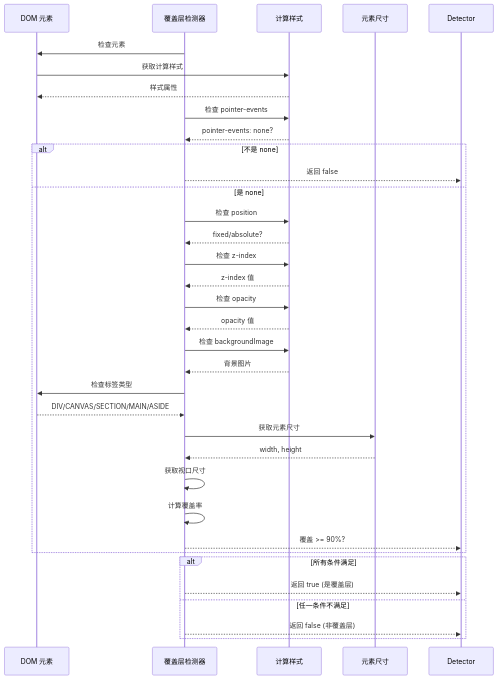
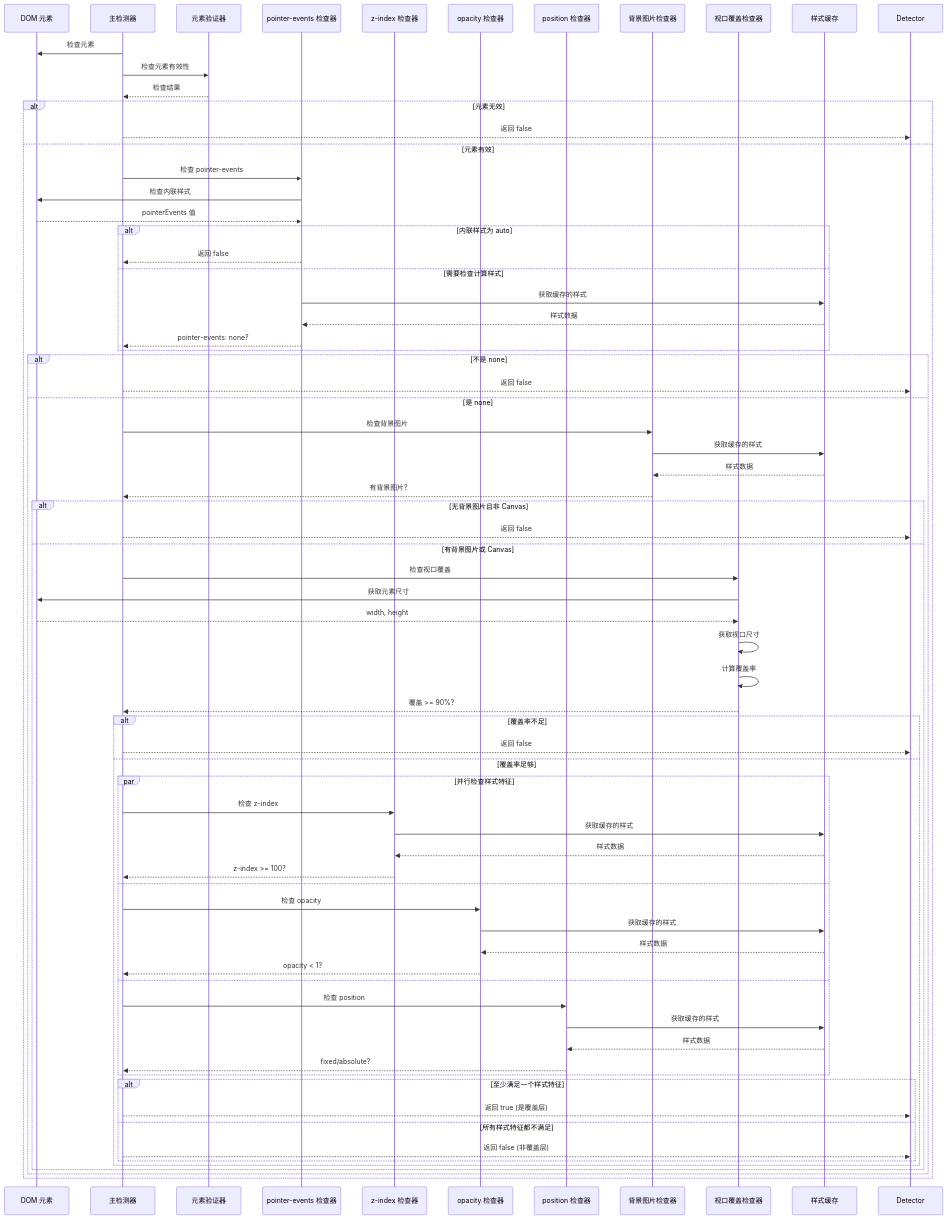
Before and after one commit to wang93wei/Xiaomi-MiMo-Studio-Watermark-Remover: the seventh of 12 diagrams in doc/SEQUENCE_DIAGRAMS.md, drawn with Mermaid. The commit also changed other lines of this file and 4 other files, not shown here.

````diff
--- a/doc/SEQUENCE_DIAGRAMS.md
+++ b/doc/SEQUENCE_DIAGRAMS.md
@@ -399,47 +448,81 @@
 ```mermaid
 sequenceDiagram
     participant Element as DOM 元素
-    participant Checker as 覆盖层检测器
-    participant Style as 计算样式
-    participant DOMRect as 元素尺寸
+    participant MainChecker as 主检测器
+    participant Validator as 元素验证器
+    participant PointerChecker as pointer-events 检查器
+    participant ZIndexChecker as z-index 检查器
+    participant OpacityChecker as opacity 检查器
+    participant PositionChecker as position 检查器
+    participant BgImageChecker as 背景图片检查器
+    participant ViewportChecker as 视口覆盖检查器
+    participant StyleCache as 样式缓存
 
-    Checker->>Element: 检查元素
-    Element->>Style: 获取计算样式
-    Style-->>Element: 样式属性
-    
-    Checker->>Style: 检查 pointer-events
-    Style-->>Checker: pointer-events: none?
-    
-    alt 不是 none
-        Checker-->>Detector: 返回 false
-    else 是 none
-        Checker->>Style: 检查 position
-        Style-->>Checker: fixed/absolute?
-        
-        Checker->>Style: 检查 z-index
-        Style-->>Checker: z-index 值
-        
-        Checker->>Style: 检查 opacity
-        Style-->>Checker: opacity 值
-        
-        Checker->>Style: 检查 backgroundImage
-        Style-->>Checker: 背景图片
-        
-        Checker->>Element: 检查标签类型
-        Element-->>Checker: DIV/CANVAS/SECTION/MAIN/ASIDE
-        
-        Checker->>DOMRect: 获取元素尺寸
-        DOMRect-->>Checker: width, height
-        
-        Checker->>Checker: 获取视口尺寸
-        
-        Checker->>Checker: 计算覆盖率
-        Checker-->>Detector: 覆盖 >= 90%?
-    end
-    
-    alt 所有条件满足
-        Checker-->>Detector: 返回 true (是覆盖层)
-    else 任一条件不满足
-        Checker-->>Detector: 返回 false (非覆盖层)
+    MainChecker->>Element: 检查元素
+
+    MainChecker->>Validator: 检查元素有效性
+    Validator-->>MainChecker: 检查结果
+
+    alt 元素无效
+        MainChecker-->>Detector: 返回 false
+    else 元素有效
+        MainChecker->>PointerChecker: 检查 pointer-events
+        PointerChecker->>Element: 检查内联样式
+        Element-->>PointerChecker: pointerEvents 值
+
+        alt 内联样式为 auto
+            PointerChecker-->>MainChecker: 返回 false
+        else 需要检查计算样式
+            PointerChecker->>StyleCache: 获取缓存的样式
+            StyleCache-->>PointerChecker: 样式数据
+            PointerChecker-->>MainChecker: pointer-events: none?
+        end
+
+        alt 不是 none
+            MainChecker-->>Detector: 返回 false
+        else 是 none
+            MainChecker->>BgImageChecker: 检查背景图片
+            BgImageChecker->>StyleCache: 获取缓存的样式
+            StyleCache-->>BgImageChecker: 样式数据
+            BgImageChecker-->>MainChecker: 有背景图片?
+
+            alt 无背景图片且非 Canvas
+                MainChecker-->>Detector: 返回 false
+            else 有背景图片或 Canvas
+                MainChecker->>ViewportChecker: 检查视口覆盖
+                ViewportChecker->>Element: 获取元素尺寸
+                Element-->>ViewportChecker: width, height
+                ViewportChecker->>ViewportChecker: 获取视口尺寸
+                ViewportChecker->>ViewportChecker: 计算覆盖率
+                ViewportChecker-->>MainChecker: 覆盖 >= 90%?
+
+                alt 覆盖率不足
+                    MainChecker-->>Detector: 返回 false
+                else 覆盖率足够
+                    par 并行检查样式特征
+                        MainChecker->>ZIndexChecker: 检查 z-index
+                        ZIndexChecker->>StyleCache: 获取缓存的样式
+                        StyleCache-->>ZIndexChecker: 样式数据
+                        ZIndexChecker-->>MainChecker: z-index >= 100?
+                    and
+                        MainChecker->>OpacityChecker: 检查 opacity
+                        OpacityChecker->>StyleCache: 获取缓存的样式
+                        StyleCache-->>OpacityChecker: 样式数据
+                        OpacityChecker-->>MainChecker: opacity < 1?
+                    and
+                        MainChecker->>PositionChecker: 检查 position
+                        PositionChecker->>StyleCache: 获取缓存的样式
+                        StyleCache-->>PositionChecker: 样式数据
+                        PositionChecker-->>MainChecker: fixed/absolute?
+                    end
+
+                    alt 至少满足一个样式特征
+                        MainChecker-->>Detector: 返回 true (是覆盖层)
+                    else 所有样式特征都不满足
+                        MainChecker-->>Detector: 返回 false (非覆盖层)
+                    end
+                end
+            end
+        end
     end
 ```
````
